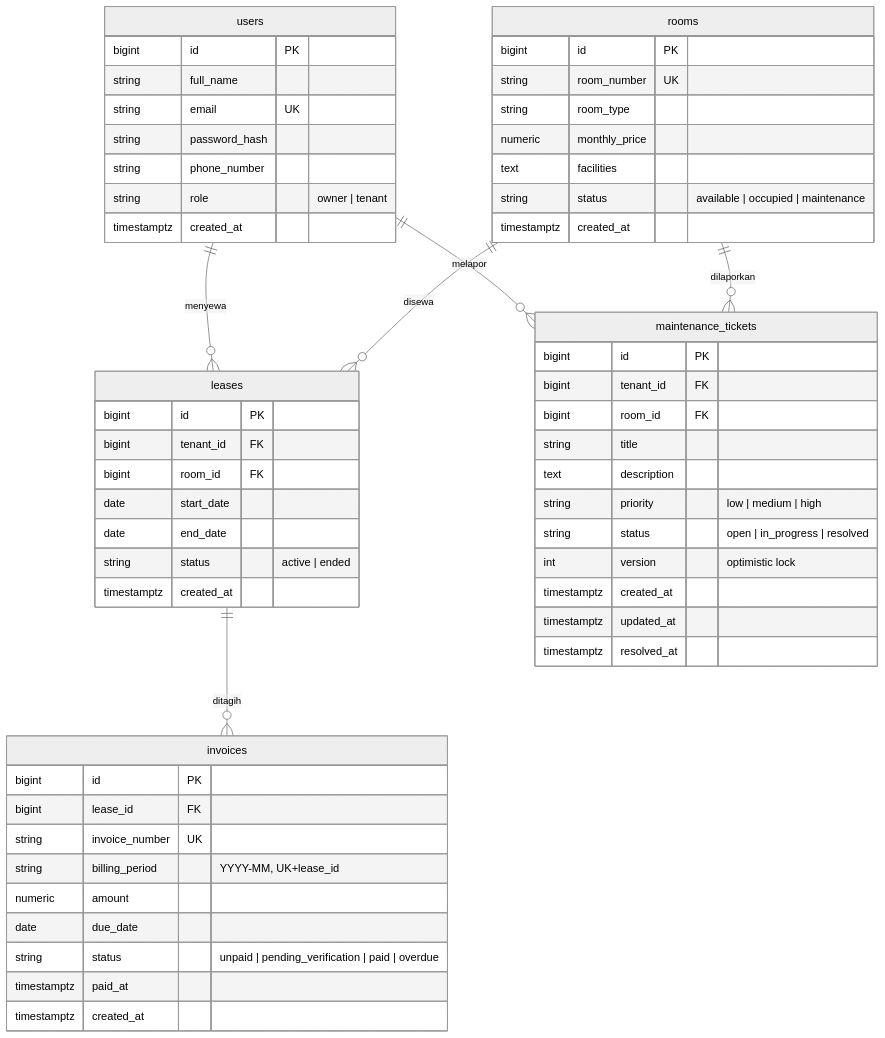
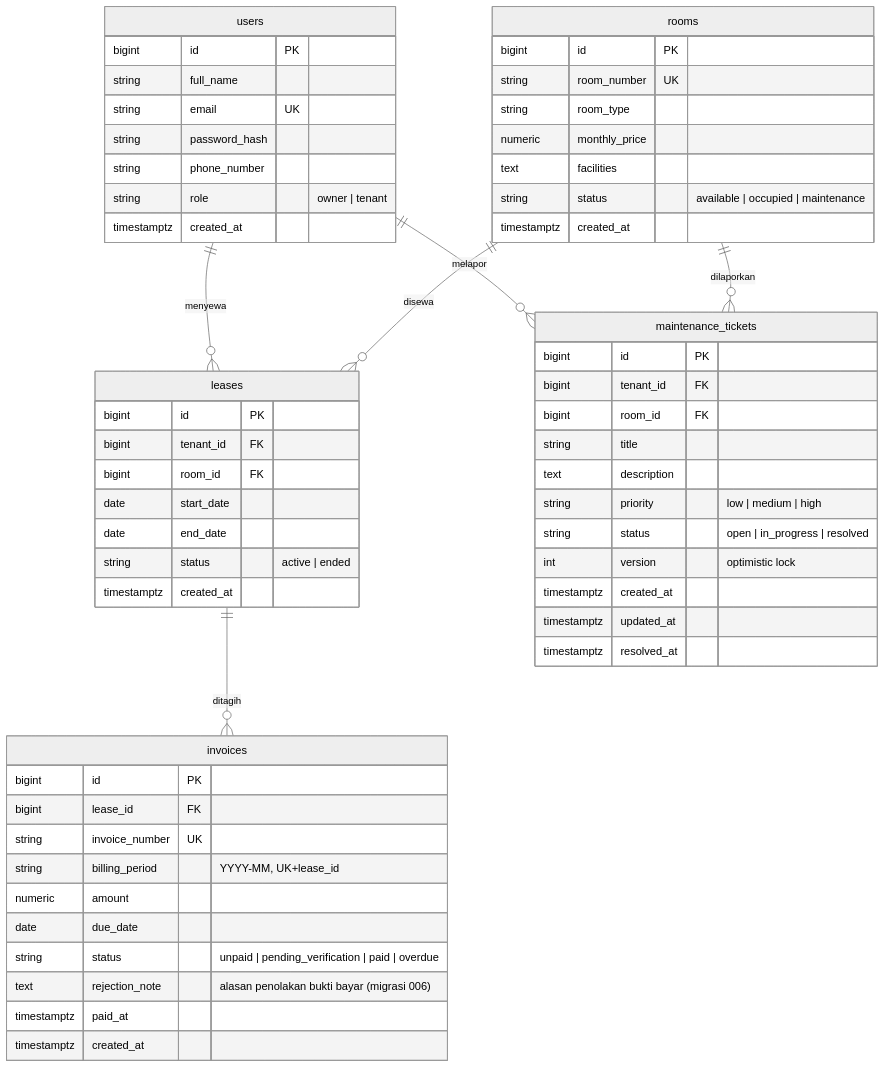
Before and after one commit to Zelviarani16/hunispace-backend: the diagram in README.md, drawn with Mermaid (neutral theme). The commit also changed other lines of this file, not shown here.

````diff
--- a/README.md
+++ b/README.md
@@ -95,60 +103,61 @@
 ```mermaid
 erDiagram
     users ||--o{ leases : "menyewa"
     rooms ||--o{ leases : "disewa"
     leases ||--o{ invoices : "ditagih"
     users ||--o{ maintenance_tickets : "melapor"
     rooms ||--o{ maintenance_tickets : "dilaporkan"
 
     users {
         bigint id PK
         string full_name
         string email UK
         string password_hash
         string phone_number
         string role "owner | tenant"
         timestamptz created_at
     }
     rooms {
         bigint id PK
         string room_number UK
         string room_type
         numeric monthly_price
         text facilities
         string status "available | occupied | maintenance"
         timestamptz created_at
     }
     leases {
         bigint id PK
         bigint tenant_id FK
         bigint room_id FK
         date start_date
         date end_date
         string status "active | ended"
         timestamptz created_at
     }
     invoices {
         bigint id PK
         bigint lease_id FK
         string invoice_number UK
         string billing_period "YYYY-MM, UK+lease_id"
         numeric amount
         date due_date
         string status "unpaid | pending_verification | paid | overdue"
+        text rejection_note "alasan penolakan bukti bayar (migrasi 006)"
         timestamptz paid_at
         timestamptz created_at
     }
     maintenance_tickets {
         bigint id PK
         bigint tenant_id FK
         bigint room_id FK
         string title
         text description
         string priority "low | medium | high"
         string status "open | in_progress | resolved"
         int version "optimistic lock"
         timestamptz created_at
         timestamptz updated_at
         timestamptz resolved_at
     }
 ```
````
